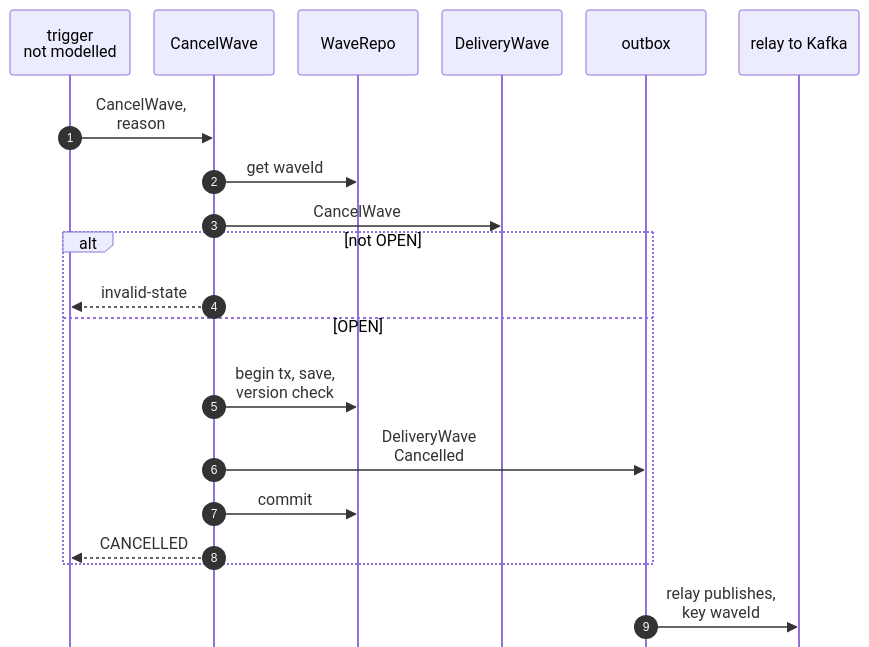
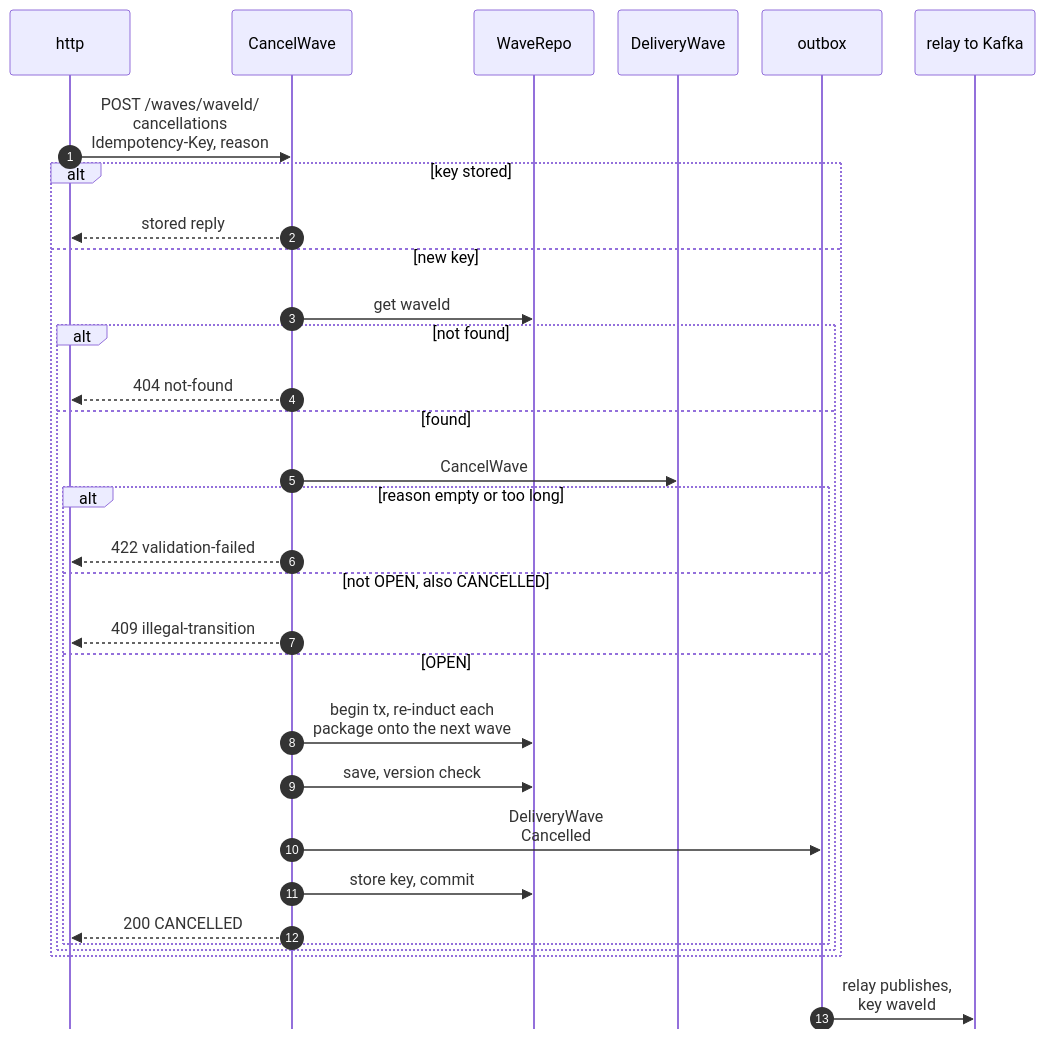
Before and after one commit to IQVO/warehouse-docs: the sixth of 11 diagrams in network/docs/contexts/last-mile-delivery/sequence-diagrams.md, drawn with Mermaid. The commit also changed other lines of this file and 7 other files, not shown here.

Commit message:
network(last-mile-delivery): align model and pack with ADR 0002/0003/0010/0015 (slugs, station precondition, auto-complete, cancel, idempotency, carrier areas)

````diff
--- a/network/docs/contexts/last-mile-delivery/sequence-diagrams.md
+++ b/network/docs/contexts/last-mile-delivery/sequence-diagrams.md
@@ -228,23 +231,34 @@
 ```mermaid
 %%{init: {"sequence": {"wrap": true, "width": 120, "actorMargin": 24, "messageMargin": 28, "boxMargin": 6, "noteMargin": 6, "mirrorActors": false}}}%%
 sequenceDiagram
     autonumber
-    participant T as trigger<br/>not modelled
+    participant HTTP as http
     participant UC as CancelWave
     participant REPO as WaveRepo
     participant AGG as DeliveryWave
     participant OB as outbox
     participant K as relay to Kafka
-    T->>UC: CancelWave,<br/>reason
-    UC->>REPO: get waveId
-    UC->>AGG: CancelWave
-    alt not OPEN
-        UC-->>T: invalid-state
-    else OPEN
-        UC->>REPO: begin tx, save,<br/>version check
-        UC->>OB: DeliveryWave<br/>Cancelled
-        UC->>REPO: commit
-        UC-->>T: CANCELLED
+    HTTP->>UC: POST /waves/waveId/<br/>cancellations<br/>Idempotency-Key, reason
+    alt key stored
+        UC-->>HTTP: stored reply
+    else new key
+        UC->>REPO: get waveId
+        alt not found
+            UC-->>HTTP: 404 not-found
+        else found
+            UC->>AGG: CancelWave
+            alt reason empty or too long
+                UC-->>HTTP: 422 validation-failed
+            else not OPEN, also CANCELLED
+                UC-->>HTTP: 409 illegal-transition
+            else OPEN
+                UC->>REPO: begin tx, re-induct each<br/>package onto the next wave
+                UC->>REPO: save, version check
+                UC->>OB: DeliveryWave<br/>Cancelled
+                UC->>REPO: store key, commit
+                UC-->>HTTP: 200 CANCELLED
+            end
+        end
     end
     OB->>K: relay publishes,<br/>key waveId
 ```
````
